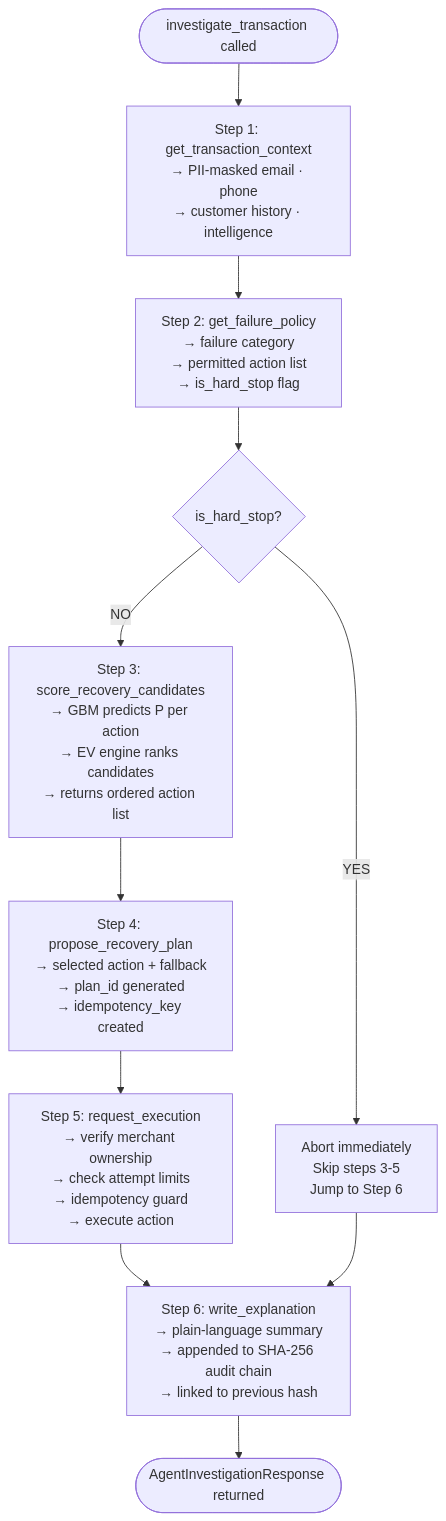
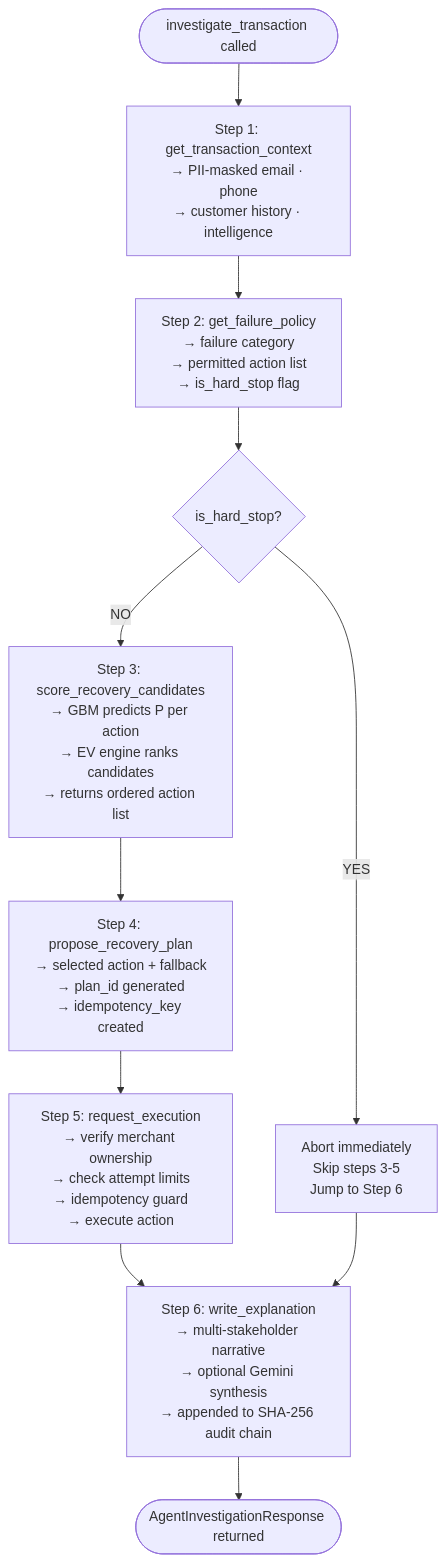
One commit to shiva-kumar-1319/RazorPay-Hackathon changed the third of 4 diagrams in README.md. Above: the diagram before and after it, drawn with Mermaid. The commit also changed other lines of this file and 24 other files, not shown here.

````diff
--- a/README.md
+++ b/README.md
@@ -147,27 +161,27 @@
 ```mermaid
 flowchart TD
     START(["investigate_transaction called"])
     START --> S1
 
     S1["Step 1: get_transaction_context\n→ PII-masked email · phone\n→ customer history · intelligence"]
     S1 --> S2
 
     S2["Step 2: get_failure_policy\n→ failure category\n→ permitted action list\n→ is_hard_stop flag"]
 
     S2 --> HCHECK{"is_hard_stop?"}
     HCHECK -->|YES| ABORT["Abort immediately\nSkip steps 3-5\nJump to Step 6"]
     HCHECK -->|NO| S3
 
     S3["Step 3: score_recovery_candidates\n→ GBM predicts P per action\n→ EV engine ranks candidates\n→ returns ordered action list"]
     S3 --> S4
 
     S4["Step 4: propose_recovery_plan\n→ selected action + fallback\n→ plan_id generated\n→ idempotency_key created"]
     S4 --> S5
 
     S5["Step 5: request_execution\n→ verify merchant ownership\n→ check attempt limits\n→ idempotency guard\n→ execute action"]
     S5 --> S6
 
     ABORT --> S6
-    S6["Step 6: write_explanation\n→ plain-language summary\n→ appended to SHA-256 audit chain\n→ linked to previous hash"]
+    S6["Step 6: write_explanation\n→ multi-stakeholder narrative\n→ optional Gemini synthesis\n→ appended to SHA-256 audit chain"]
     S6 --> END(["AgentInvestigationResponse returned"])
 ```
````
